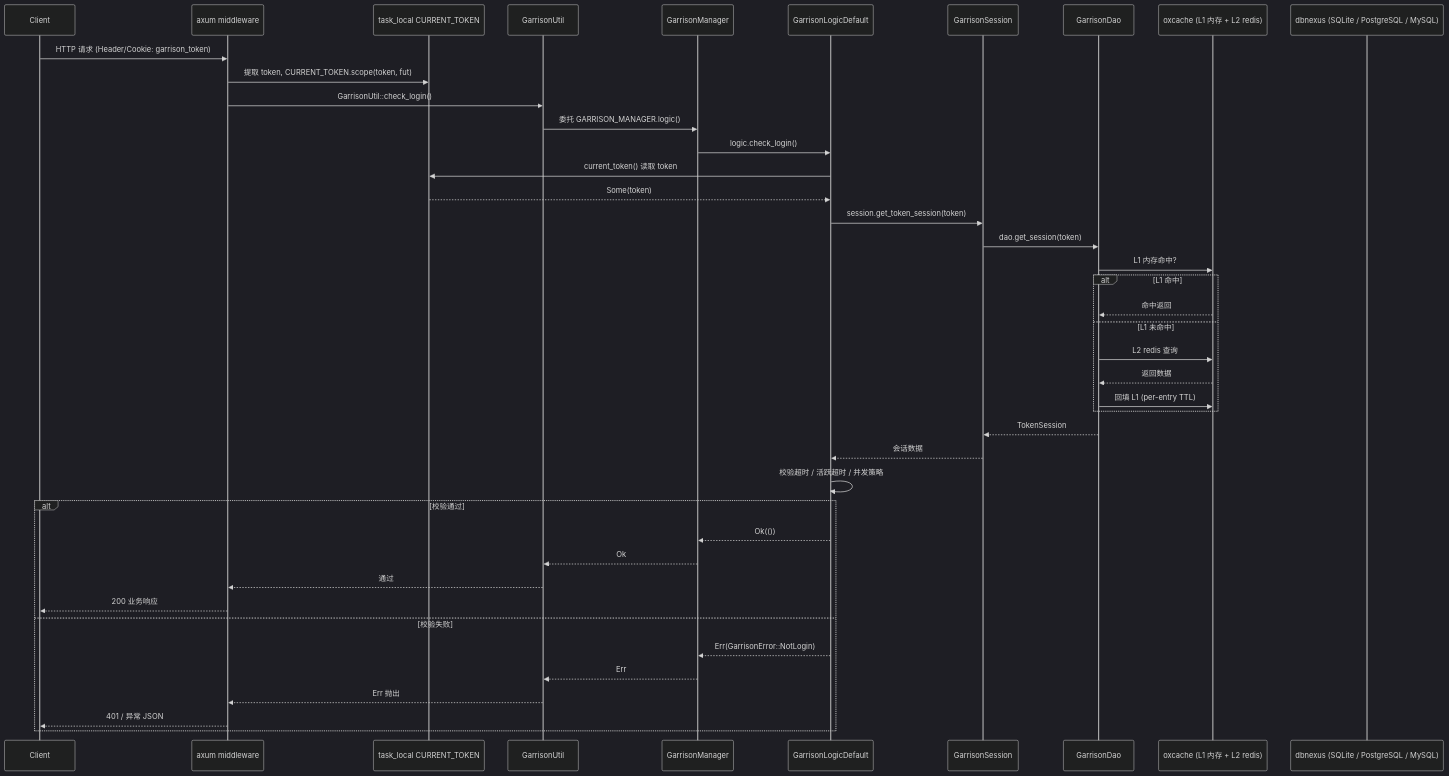
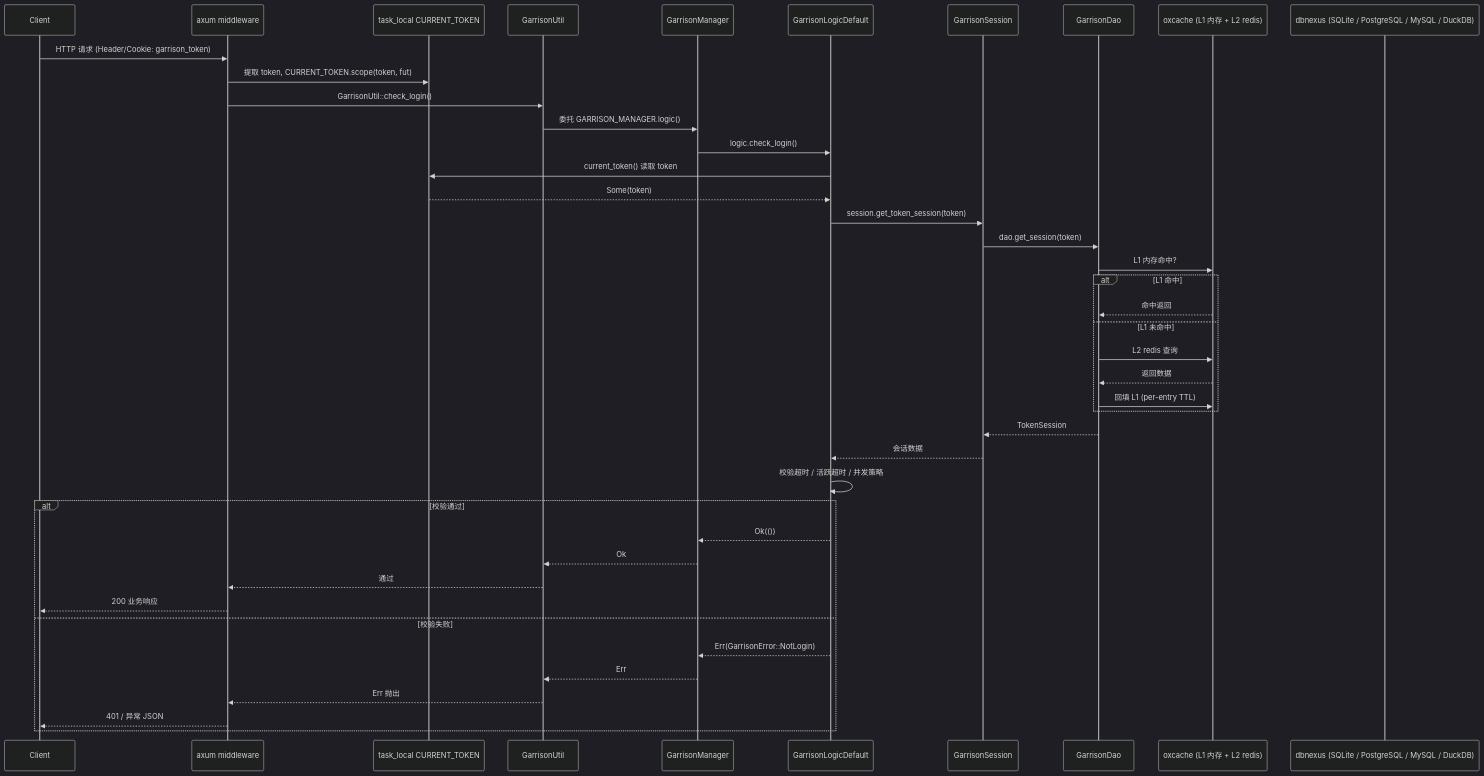
Before and after one commit to Kirky-X/garrison: the third of 3 diagrams in docs/ARCHITECTURE.md, drawn with Mermaid (dark theme). The commit also changed other lines of this file and 12 other files, not shown here.

````diff
--- a/docs/ARCHITECTURE.md
+++ b/docs/ARCHITECTURE.md
@@ -272,45 +272,45 @@
 ```mermaid
 sequenceDiagram
     participant C as Client
     participant AX as axum middleware
     participant TL as task_local CURRENT_TOKEN
     participant BU as GarrisonUtil
     participant BM as GarrisonManager
     participant BL as GarrisonLogicDefault
     participant BS as GarrisonSession
     participant BD as GarrisonDao
     participant OC as oxcache (L1 内存 + L2 redis)
-    participant DB as dbnexus (SQLite / PostgreSQL / MySQL)
+    participant DB as dbnexus (SQLite / PostgreSQL / MySQL / DuckDB)
 
     C->>AX: HTTP 请求 (Header/Cookie: garrison_token)
     AX->>TL: 提取 token, CURRENT_TOKEN.scope(token, fut)
     AX->>BU: GarrisonUtil::check_login()
     BU->>BM: 委托 GARRISON_MANAGER.logic()
     BM->>BL: logic.check_login()
     BL->>TL: current_token() 读取 token
     TL-->>BL: Some(token)
     BL->>BS: session.get_token_session(token)
     BS->>BD: dao.get_session(token)
     BD->>OC: L1 内存命中?
     alt L1 命中
         OC-->>BD: 命中返回
     else L1 未命中
         BD->>OC: L2 redis 查询
         OC-->>BD: 返回数据
         BD->>OC: 回填 L1 (per-entry TTL)
     end
     BD-->>BS: TokenSession
     BS-->>BL: 会话数据
     BL->>BL: 校验超时 / 活跃超时 / 并发策略
     alt 校验通过
         BL-->>BM: Ok(())
         BM-->>BU: Ok
         BU-->>AX: 通过
         AX-->>C: 200 业务响应
     else 校验失败
         BL-->>BM: Err(GarrisonError::NotLogin)
         BM-->>BU: Err
         BU-->>AX: Err 抛出
         AX-->>C: 401 / 异常 JSON
     end
 ```
````
